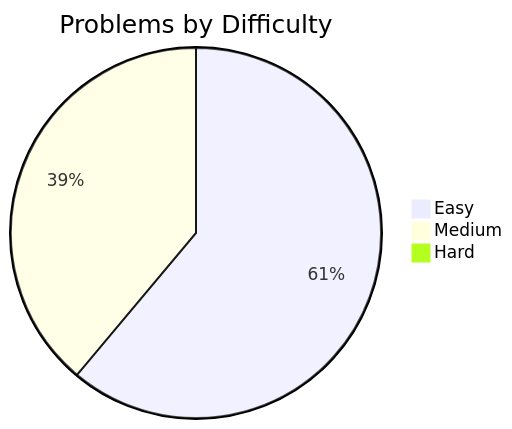
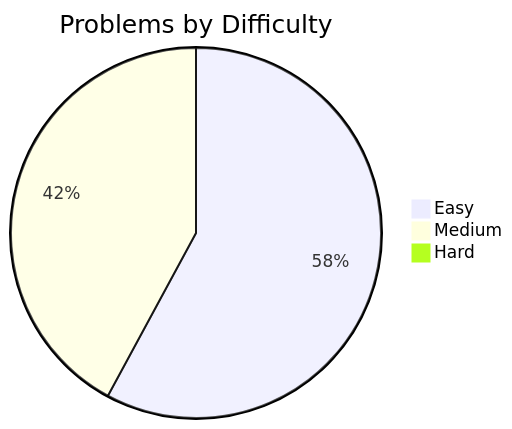
Before and after one commit to Jasjeet-Singh-S/100-days-DSA: the first of 2 diagrams in readme.md, drawn with Mermaid. The commit also changed other lines of this file and 2 other files, not shown here.

````diff
--- a/readme.md
+++ b/readme.md
@@ -19,6 +19,6 @@
 ```mermaid
 pie title Problems by Difficulty
     "Easy" : 22
-    "Medium" : 14
+    "Medium" : 16
     "Hard" : 0
 ```
````
